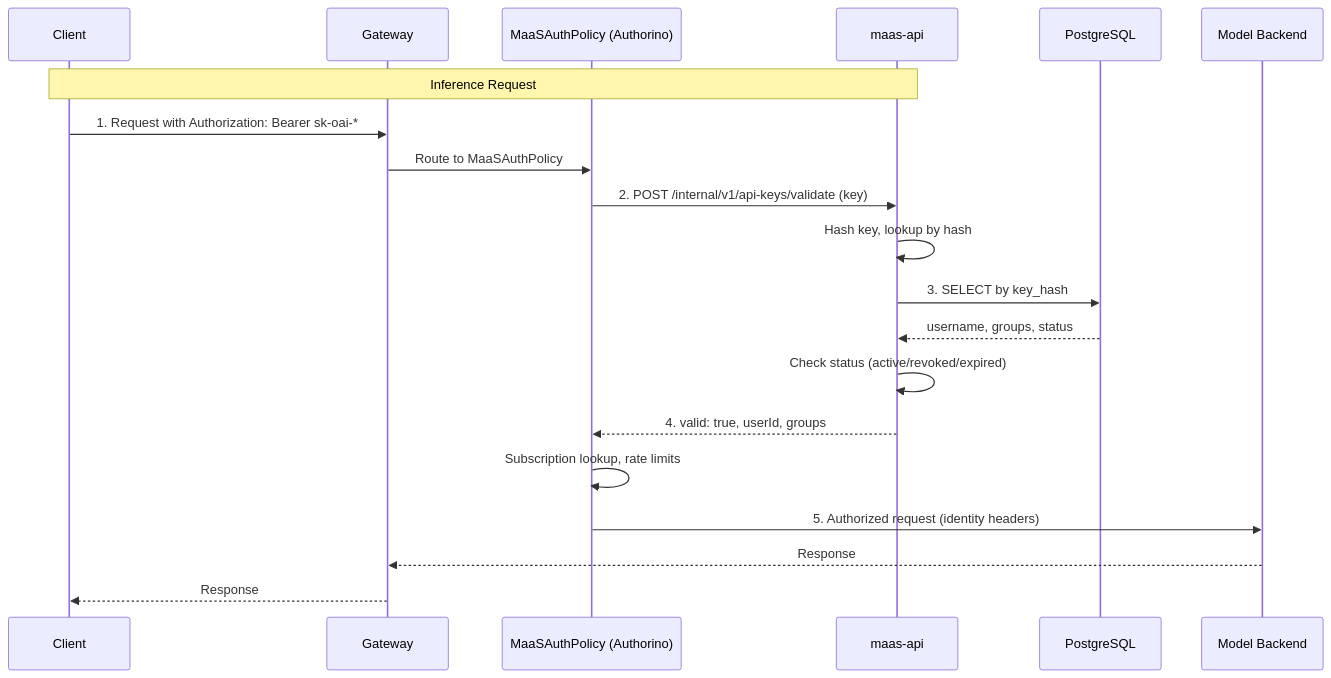
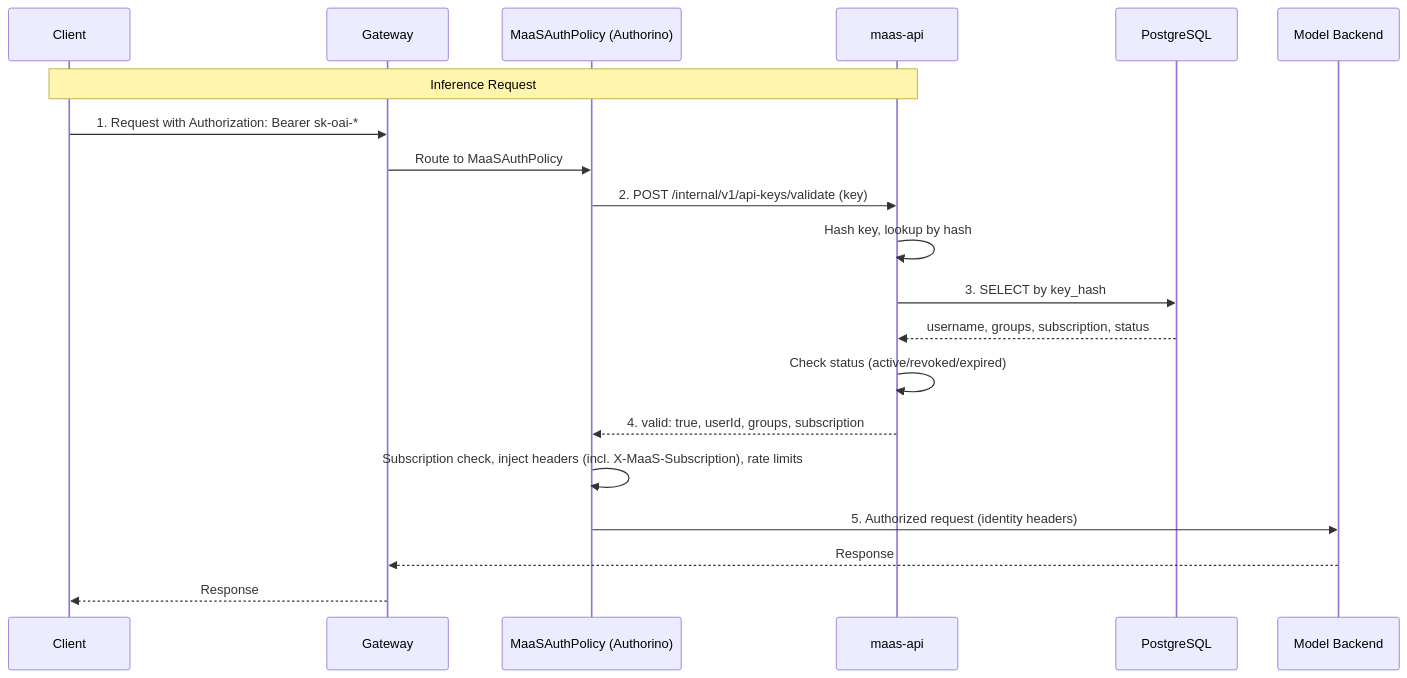
The second of 3 diagrams in docs/content/configuration-and-management/token-management.md (opendatahub-io/models-as-a-service), drawn with Mermaid before and after one commit. The commit also changed other lines of this file and 19 other files, not shown here.

````diff
--- a/docs/content/configuration-and-management/token-management.md
+++ b/docs/content/configuration-and-management/token-management.md
@@ -88,23 +92,23 @@
 ```mermaid
 sequenceDiagram
     participant User as Client
     participant Gateway
     participant AuthPolicy as MaaSAuthPolicy (Authorino)
     participant MaaS as maas-api
     participant DB as PostgreSQL
     participant Model as Model Backend
 
     Note over User,MaaS: Inference Request
     User->>Gateway: 1. Request with Authorization: Bearer sk-oai-*
     Gateway->>AuthPolicy: Route to MaaSAuthPolicy
     AuthPolicy->>MaaS: 2. POST /internal/v1/api-keys/validate (key)
     MaaS->>MaaS: Hash key, lookup by hash
     MaaS->>DB: 3. SELECT by key_hash
-    DB-->>MaaS: username, groups, status
+    DB-->>MaaS: username, groups, subscription, status
     MaaS->>MaaS: Check status (active/revoked/expired)
-    MaaS-->>AuthPolicy: 4. valid: true, userId, groups
-    AuthPolicy->>AuthPolicy: Subscription lookup, rate limits
+    MaaS-->>AuthPolicy: 4. valid: true, userId, groups, subscription
+    AuthPolicy->>AuthPolicy: Subscription check, inject headers (incl. X-MaaS-Subscription), rate limits
     AuthPolicy->>Model: 5. Authorized request (identity headers)
     Model-->>Gateway: Response
     Gateway-->>User: Response
 ```
````
